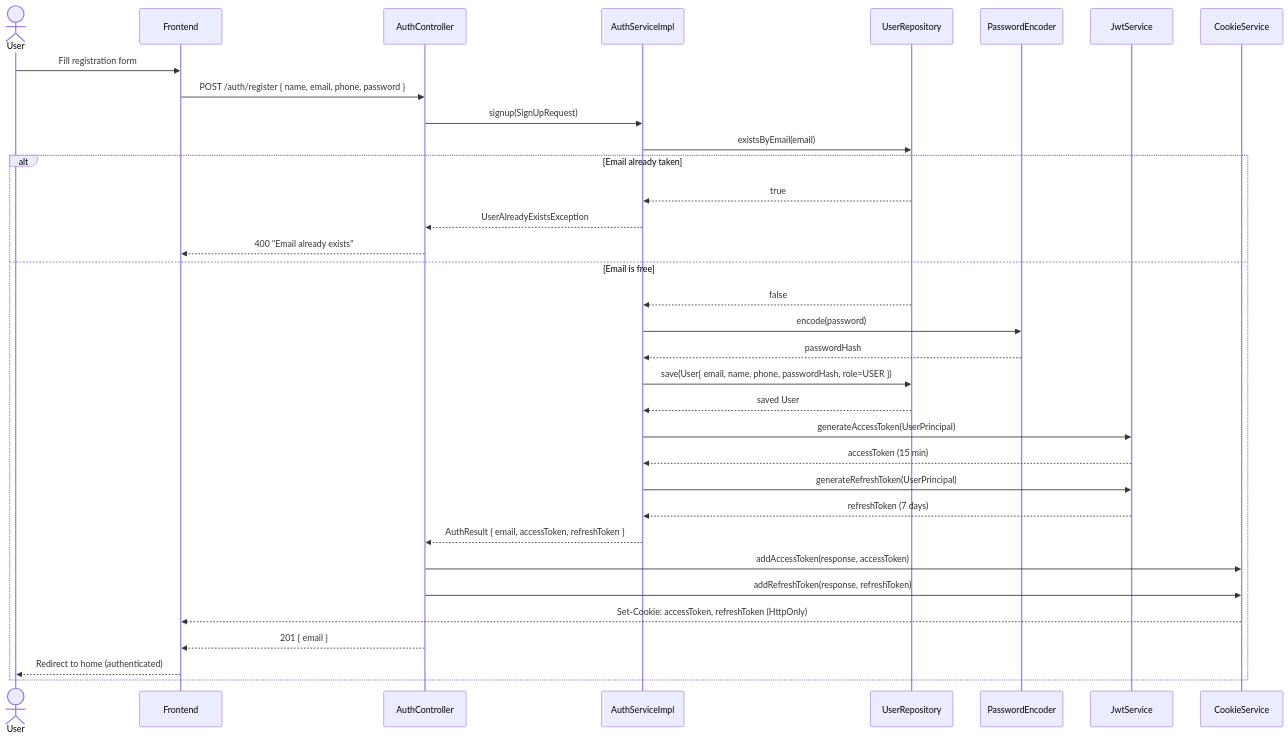
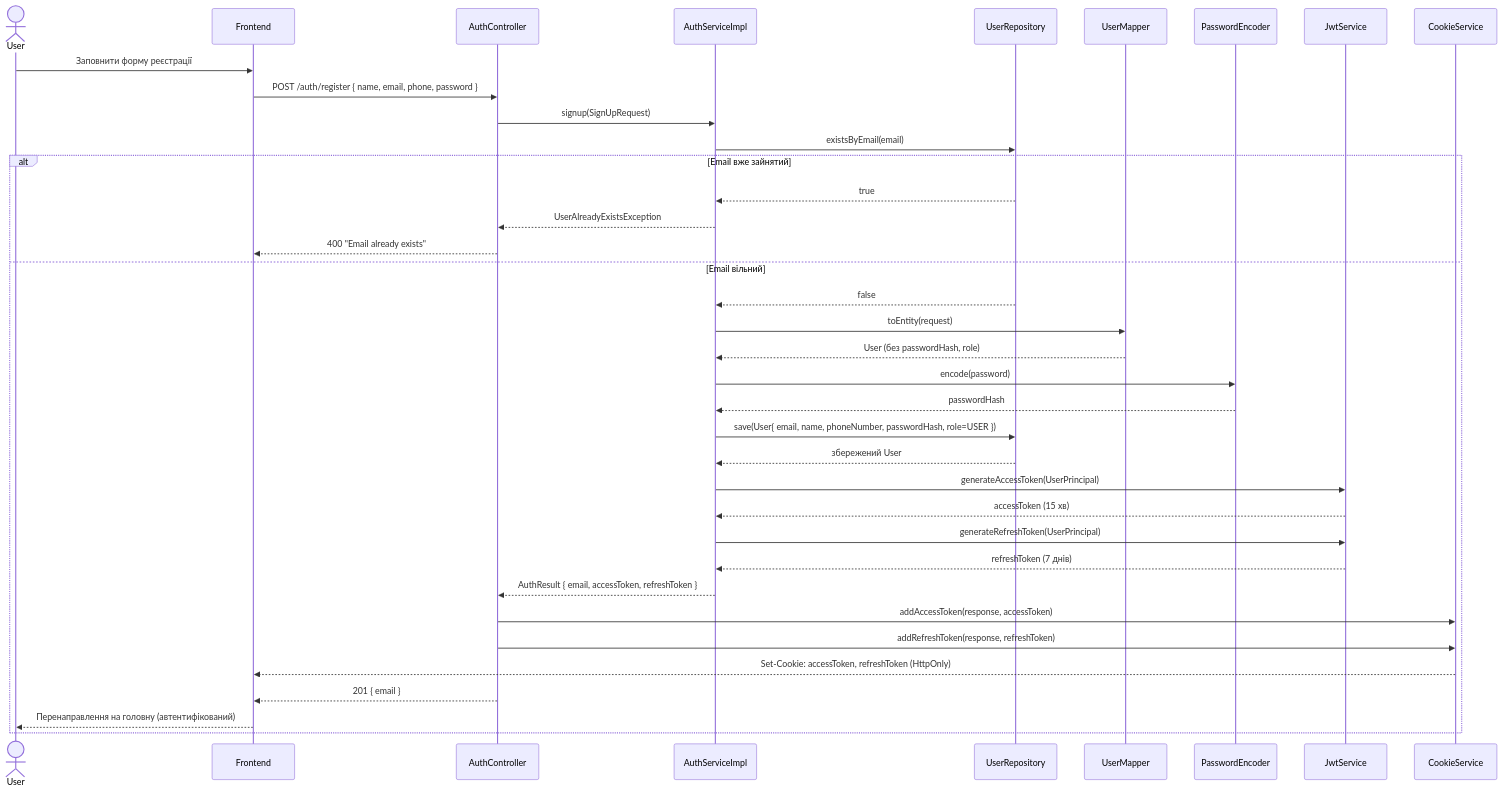
One commit to MaksymChalyi/Verdora-backend changed the diagram in docs/auth/sign-up.md. Above: the diagram before and after it, drawn with Mermaid. The commit also changed other lines of this file and 12 other files, not shown here.

````diff
--- a/docs/auth/sign-up.md
+++ b/docs/auth/sign-up.md
@@ -65,45 +67,48 @@
 ```mermaid
 sequenceDiagram
     actor User
     participant Frontend
     participant AuthController
     participant AuthServiceImpl
     participant UserRepository
+    participant UserMapper
     participant PasswordEncoder
     participant JwtService
     participant CookieService
 
-    User->>Frontend: Fill registration form
+    User->>Frontend: Заповнити форму реєстрації
     Frontend->>AuthController: POST /auth/register { name, email, phone, password }
 
     AuthController->>AuthServiceImpl: signup(SignUpRequest)
 
     AuthServiceImpl->>UserRepository: existsByEmail(email)
-    alt Email already taken
+    alt Email вже зайнятий
         UserRepository-->>AuthServiceImpl: true
         AuthServiceImpl-->>AuthController: UserAlreadyExistsException
         AuthController-->>Frontend: 400 "Email already exists"
-    else Email is free
+    else Email вільний
         UserRepository-->>AuthServiceImpl: false
+        AuthServiceImpl->>UserMapper: toEntity(request)
+        UserMapper-->>AuthServiceImpl: User (без passwordHash, role)
         AuthServiceImpl->>PasswordEncoder: encode(password)
         PasswordEncoder-->>AuthServiceImpl: passwordHash
 
-        AuthServiceImpl->>UserRepository: save(User{ email, name, phone, passwordHash, role=USER })
-        UserRepository-->>AuthServiceImpl: saved User
+        AuthServiceImpl->>UserRepository: save(User{ email, name, phoneNumber, passwordHash, role=USER })
+        UserRepository-->>AuthServiceImpl: збережений User
 
         AuthServiceImpl->>JwtService: generateAccessToken(UserPrincipal)
-        JwtService-->>AuthServiceImpl: accessToken (15 min)
+        JwtService-->>AuthServiceImpl: accessToken (15 хв)
 
         AuthServiceImpl->>JwtService: generateRefreshToken(UserPrincipal)
-        JwtService-->>AuthServiceImpl: refreshToken (7 days)
+        JwtService-->>AuthServiceImpl: refreshToken (7 днів)
 
         AuthServiceImpl-->>AuthController: AuthResult { email, accessToken, refreshToken }
 
         AuthController->>CookieService: addAccessToken(response, accessToken)
         AuthController->>CookieService: addRefreshToken(response, refreshToken)
         CookieService-->>Frontend: Set-Cookie: accessToken, refreshToken (HttpOnly)
 
         AuthController-->>Frontend: 201 { email }
-        Frontend-->>User: Redirect to home (authenticated)
+        Frontend-->>User: Перенаправлення на головну (автентифікований)
     end
 ```
````
